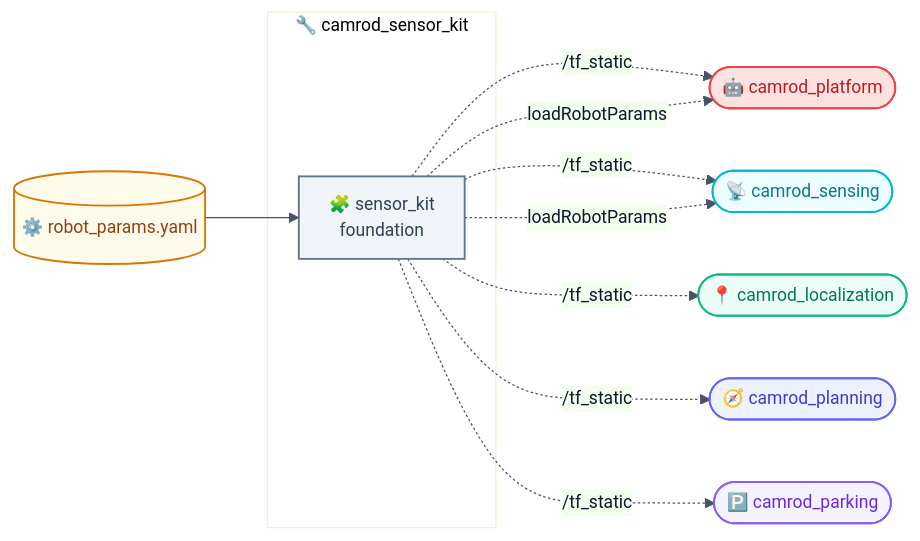
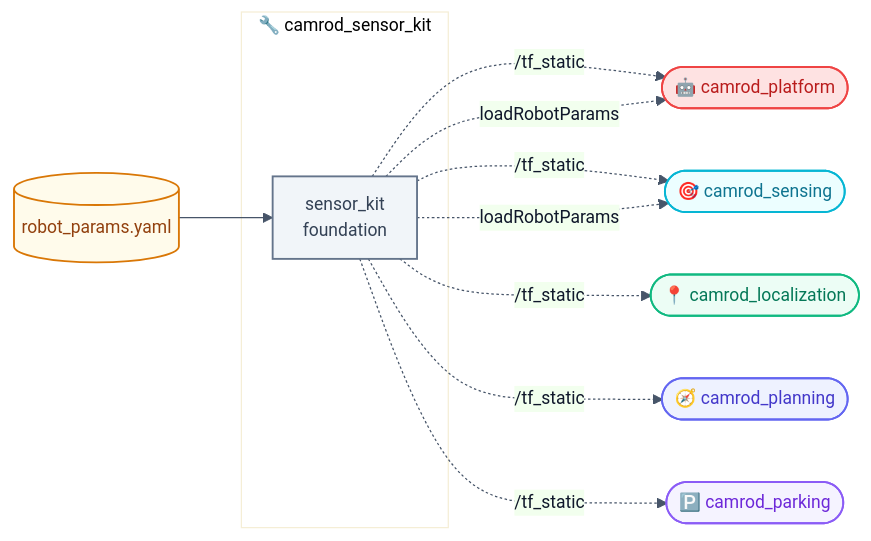
The first of 4 diagrams in camrod_sensor_kit/README.md (hwanhonglee/CAMROD), drawn with Mermaid before and after one commit. The commit also changed other lines of this file and 11 other files, not shown here.

First line of the commit message:
docs: fix Mermaid syntax errors and reduce emoji overuse in all READMEs

````diff
--- a/camrod_sensor_kit/README.md
+++ b/camrod_sensor_kit/README.md
@@ -47,25 +47,25 @@
 ```mermaid
 %%{init: {'theme': 'base', 'themeVariables': {'fontFamily': 'ui-sans-serif, system-ui, sans-serif', 'fontSize': '14px', 'primaryColor': '#EEF2FF', 'primaryTextColor': '#0F172A', 'primaryBorderColor': '#6366F1', 'lineColor': '#475569'}, 'flowchart': {'curve': 'basis', 'htmlLabels': true, 'padding': 12}}}%%
 graph LR
-  YAML[(⚙️ robot_params.yaml)]:::config --> SKIT
+  YAML[(robot_params.yaml)]:::config --> SKIT
 
   subgraph SKIT_BOX["🔧 camrod_sensor_kit"]
-    SKIT[🧩 sensor_kit\nfoundation]:::system
+    SKIT[sensor_kit\nfoundation]:::system
   end
 
   SKIT -.->|/tf_static| PLAT([🤖 camrod_platform]):::platform
-  SKIT -.->|/tf_static| SENS([📡 camrod_sensing]):::sensing
+  SKIT -.->|/tf_static| SENS([🎯 camrod_sensing]):::sensing
   SKIT -.->|/tf_static| LOC([📍 camrod_localization]):::localization
   SKIT -.->|/tf_static| PLAN([🧭 camrod_planning]):::planning
   SKIT -.->|/tf_static| PARK([🅿️ camrod_parking]):::parking
   SKIT -.->|loadRobotParams| PLAT
   SKIT -.->|loadRobotParams| SENS
 
   classDef sensing      fill:#ECFEFF,stroke:#06B6D4,stroke-width:1.5px,color:#0E7490;
   classDef localization fill:#ECFDF5,stroke:#10B981,stroke-width:1.5px,color:#047857;
   classDef planning     fill:#EEF2FF,stroke:#6366F1,stroke-width:1.5px,color:#4338CA;
   classDef platform     fill:#FEE2E2,stroke:#EF4444,stroke-width:1.5px,color:#B91C1C;
   classDef parking      fill:#F5F3FF,stroke:#8B5CF6,stroke-width:1.5px,color:#6D28D9;
   classDef system       fill:#F1F5F9,stroke:#64748B,stroke-width:1.5px,color:#334155;
   classDef config       fill:#FFFBEB,stroke:#D97706,stroke-width:1.5px,color:#92400E;
 ```
````
